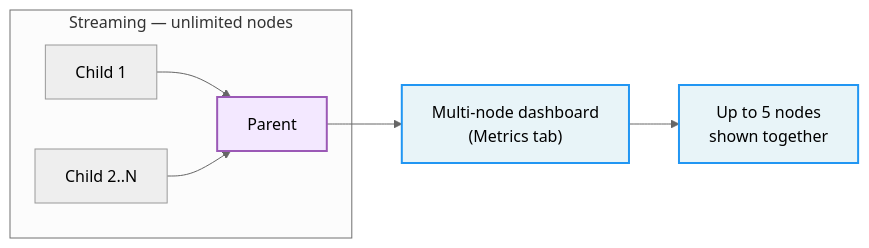
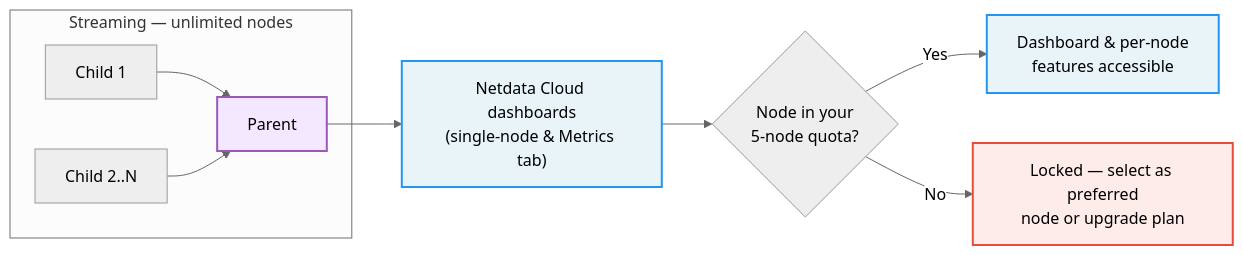
Before and after one commit to netdata/netdata: the diagram in docs/netdata-oss-limitations.md, drawn with Mermaid (neutral theme). The commit also changed other lines of this file, not shown here.

````diff
--- a/docs/netdata-oss-limitations.md
+++ b/docs/netdata-oss-limitations.md
@@ -136,13 +136,17 @@
 ```mermaid
 flowchart LR
     subgraph S["Streaming — unlimited nodes"]
         C1["Child 1"] --> P["Parent"]
         CN["Child 2..N"] --> P
     end
-    P --> M["Multi-node dashboard<br/>(Metrics tab)"]
-    M --> V["Up to 5 nodes<br/>shown together"]
+    P --> D["Netdata Cloud dashboards<br/>(single-node & Metrics tab)"]
+    D --> Q{"Node in your<br/>5-node quota?"}
+    Q -->|Yes| V["Dashboard & per-node<br/>features accessible"]
+    Q -->|No| L["Locked — select as preferred<br/>node or upgrade plan"]
     classDef parent fill:#f3e8ff,stroke:#9b59b6,stroke-width:2px
     classDef dash fill:#e8f4f8,stroke:#2196F3,stroke-width:2px
+    classDef locked fill:#fdecea,stroke:#e74c3c,stroke-width:2px
     class P parent
-    class M,V dash
+    class D,V dash
+    class L locked
 ```
````
